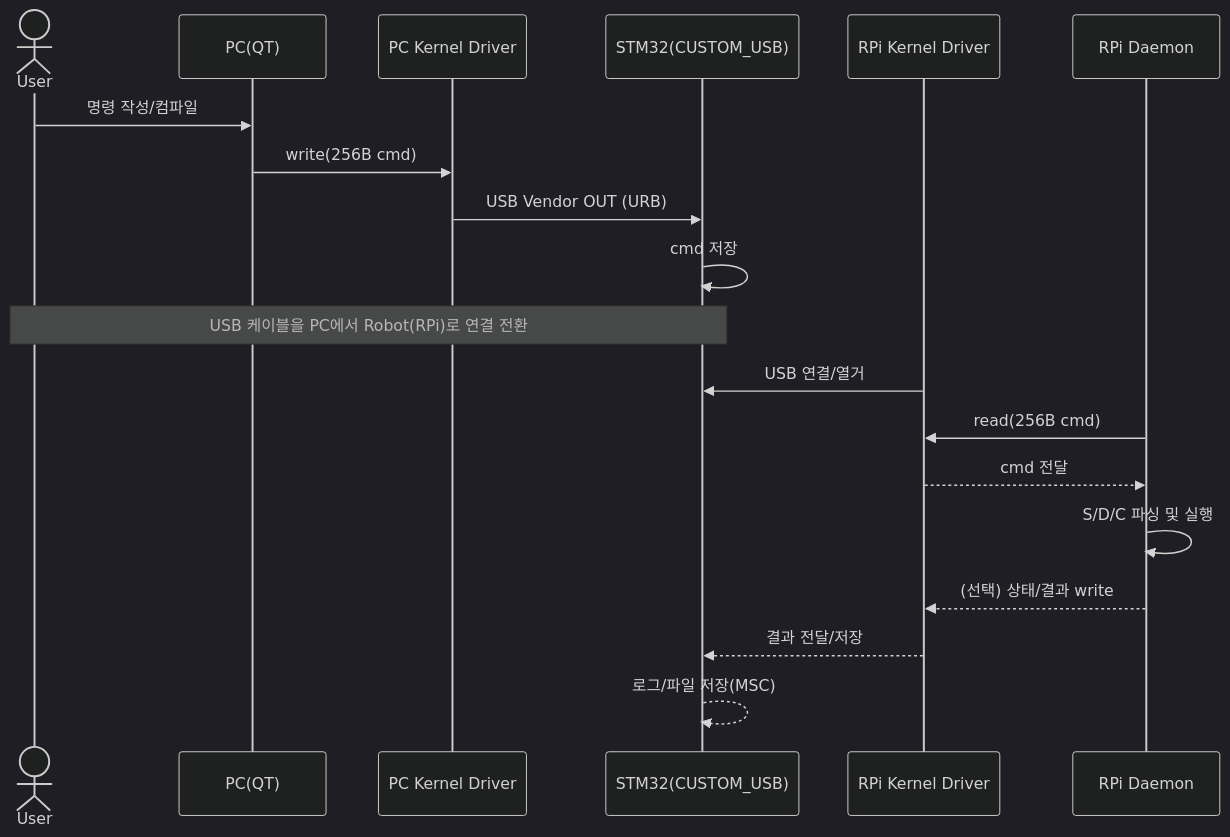
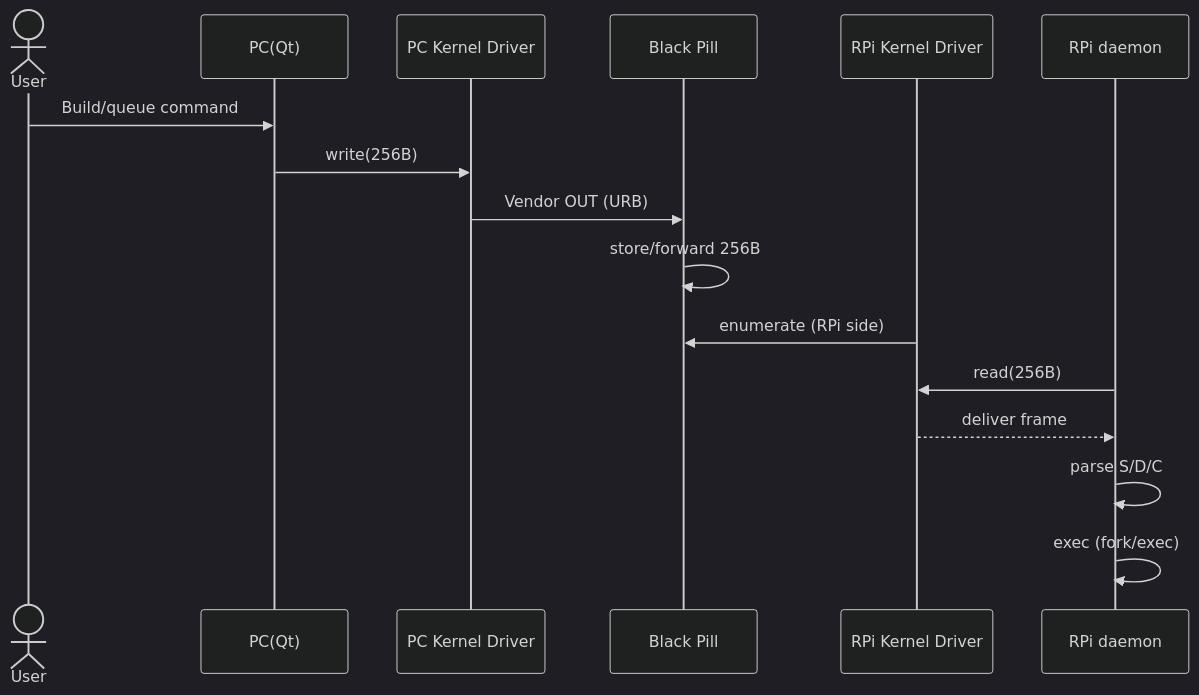
The fourth of 4 diagrams in README.md (ChangHoiAn/example), drawn with Mermaid (dark theme) before and after one commit. The commit also changed other lines of this file, not shown here.

````diff
--- a/README.md
+++ b/README.md
@@ -225,24 +199,20 @@
 ```mermaid
 sequenceDiagram
   actor User
-  participant Qt as PC(QT)
+  participant Qt as PC(Qt)
   participant KPC as PC Kernel Driver
-  participant STM32 as STM32(CUSTOM_USB)
+  participant STM32 as Black Pill
   participant KRPI as RPi Kernel Driver
-  participant Daemon as RPi Daemon
+  participant Daemon as RPi daemon
 
-  User->>Qt: 명령 작성/컴파일
-  Qt->>KPC: write(256B cmd)
-  KPC->>STM32: USB Vendor OUT (URB)
-  STM32->>STM32: cmd 저장
+  User->>Qt: Build/queue command
+  Qt->>KPC: write(256B)
+  KPC->>STM32: Vendor OUT (URB)
+  STM32->>STM32: store/forward 256B
 
-  Note over User,STM32: USB 케이블을 PC에서 Robot(RPi)로 연결 전환
-
-  KRPI->>STM32: USB 연결/열거
-  Daemon->>KRPI: read(256B cmd)
-  KRPI-->>Daemon: cmd 전달
-  Daemon->>Daemon: S/D/C 파싱 및 실행
-  Daemon-->>KRPI: (선택) 상태/결과 write
-  KRPI-->>STM32: 결과 전달/저장
-  STM32-->>STM32: 로그/파일 저장(MSC)
+  KRPI->>STM32: enumerate (RPi side)
+  Daemon->>KRPI: read(256B)
+  KRPI-->>Daemon: deliver frame
+  Daemon->>Daemon: parse S/D/C
+  Daemon->>Daemon: exec (fork/exec)
 ```
````
